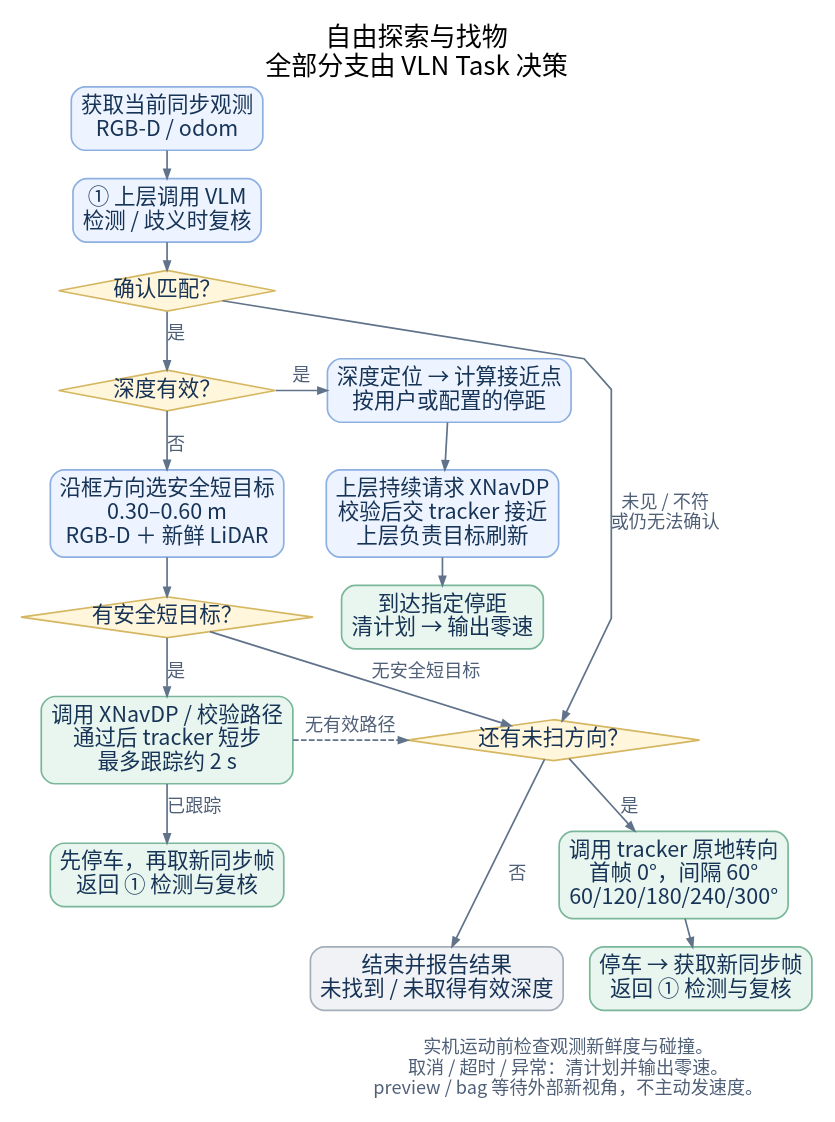
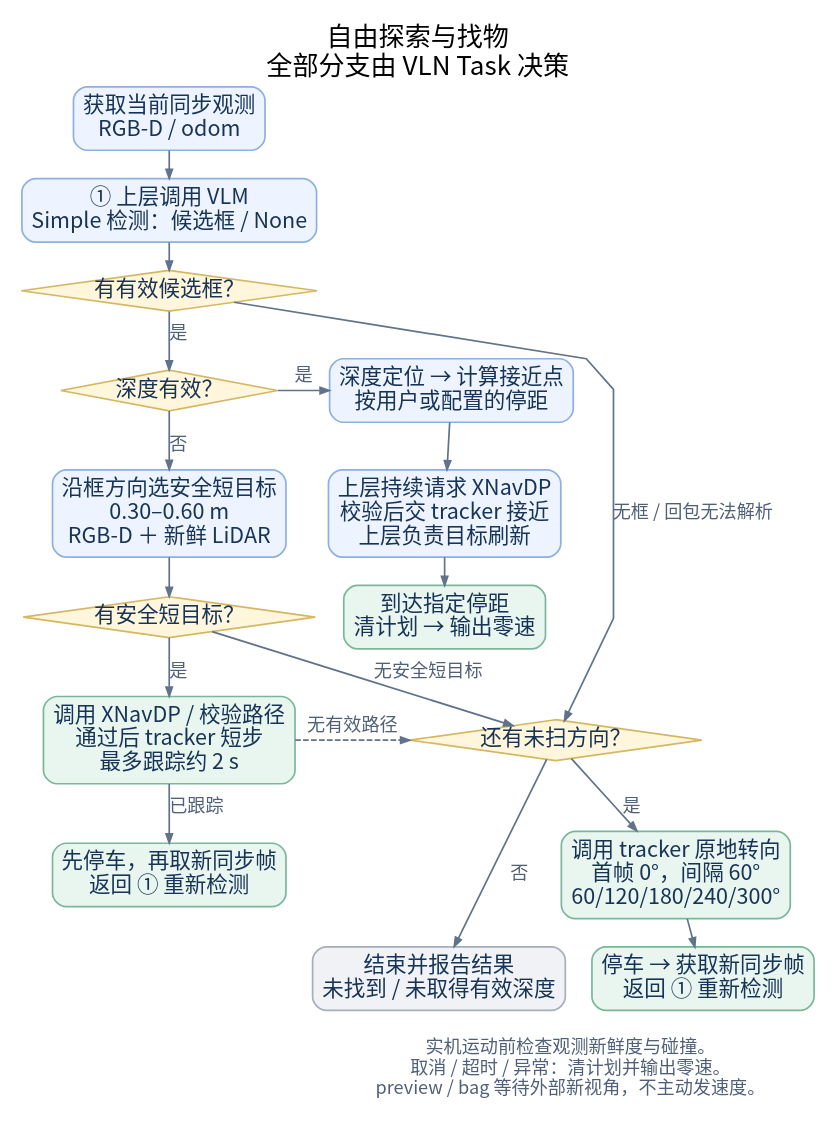
Before and after one commit to Han0301/agx-dimos-vln: the diagram in doc/architecture/diagrams/object_search.dot, drawn with Graphviz. The commit also changed 112 other files, not shown here.

```diff
--- a/doc/architecture/diagrams/object_search.dot
+++ b/doc/architecture/diagrams/object_search.dot
@@ -1,47 +1,47 @@
 digraph Search {
   graph [rankdir=TB, bgcolor="white", pad="0.16", nodesep="0.32", ranksep="0.34", splines=polyline, fontname="Noto Sans CJK SC", fontsize=23, label="自由探索与找物\n全部分支由 VLN Task 决策", labelloc=t, labeljust=c];
   node [shape=box, style="rounded,filled", fillcolor="#EDF4FF", color="#8EB0E1", penwidth=1.5, fontname="Noto Sans CJK SC", fontsize=19, fontcolor="#173457", margin="0.12,0.10"];
   edge [color="#61738A", penwidth=1.5, arrowsize=0.8, fontname="Noto Sans CJK SC", fontsize=16, fontcolor="#506078"];
 
   start [label="获取当前同步观测\nRGB-D / odom"];
-  det [label="① 上层调用 VLM\n检测 / 歧义时复核"];
-  match [shape=diamond, style=filled, fillcolor="#FFF6DC", color="#D5B762", label="确认匹配？", margin="0.07,0.02"];
+  det [label="① 上层调用 VLM\nSimple 检测：候选框 / None"];
+  bbox [shape=diamond, style=filled, fillcolor="#FFF6DC", color="#D5B762", label="有有效候选框？", margin="0.07,0.02"];
   depth [shape=diamond, style=filled, fillcolor="#FFF6DC", color="#D5B762", label="深度有效？", margin="0.07,0.02"];
   locate [label="深度定位 → 计算接近点\n按用户或配置的停距"];
   follow [label="上层持续请求 XNavDP\n校验后交 tracker 接近\n上层负责目标刷新"];
   arrived [label="到达指定停距\n清计划 → 输出零速", fillcolor="#E9F6EF", color="#7AB79A"];
 
   short [label="沿框方向选安全短目标\n0.30–0.60 m\nRGB-D ＋ 新鲜 LiDAR"];
   safe [shape=diamond, style=filled, fillcolor="#FFF6DC", color="#D5B762", label="有安全短目标？", margin="0.06,0.02"];
   step [label="调用 XNavDP / 校验路径\n通过后 tracker 短步\n最多跟踪约 2 s", fillcolor="#E9F6EF", color="#7AB79A"];
-  fresh [label="先停车，再取新同步帧\n返回 ① 检测与复核", fillcolor="#E9F6EF", color="#7AB79A"];
+  fresh [label="先停车，再取新同步帧\n返回 ① 重新检测", fillcolor="#E9F6EF", color="#7AB79A"];
 
   remain [shape=diamond, style=filled, fillcolor="#FFF6DC", color="#D5B762", label="还有未扫方向？", margin="0.06,0.02"];
   sweep [label="调用 tracker 原地转向\n首帧 0°，间隔 60°\n60/120/180/240/300°", fillcolor="#E9F6EF", color="#7AB79A"];
-  scanview [label="停车 → 获取新同步帧\n返回 ① 检测与复核", fillcolor="#E9F6EF", color="#7AB79A"];
+  scanview [label="停车 → 获取新同步帧\n返回 ① 重新检测", fillcolor="#E9F6EF", color="#7AB79A"];
   end [label="结束并报告结果\n未找到 / 未取得有效深度", fillcolor="#F0F2F5", color="#A5AFBA"];
   note [shape=plain, style="", label="实机运动前检查观测新鲜度与碰撞。\n取消 / 超时 / 异常：清计划并输出零速。\npreview / bag 等待外部新视角，不主动发速度。", fontsize=16, fontcolor="#506078"];
 
-  start -> det -> match [weight=50];
-  match -> depth [label="是", weight=50];
-  match -> remain [label="未见 / 不符\n或仍无法确认", minlen=3];
+  start -> det -> bbox [weight=50];
+  bbox -> depth [label="是", weight=50];
+  bbox -> remain [label="无框 / 回包无法解析", minlen=3];
   depth -> locate [label="是"];
   locate -> follow -> arrived;
   depth -> short [label="否", weight=50];
   short -> safe [weight=50];
   safe -> step [label="是", weight=50];
   step -> fresh [label="已跟踪"];
   step -> remain [label="无有效路径", style=dashed];
   safe -> remain [label="无安全短目标"];
   remain -> sweep [label="是"];
   sweep -> scanview;
   remain -> end [label="否"];
   {rank=same; depth;locate}
   {rank=same; short;follow}
   {rank=same; safe;arrived}
   {rank=same; step;remain}
   {rank=same; fresh;sweep}
   {rank=same; scanview;end}
   end -> note [style=invis];
   scanview -> note [style=invis];
 }
```
